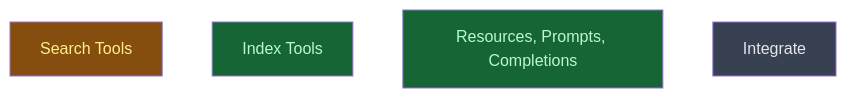
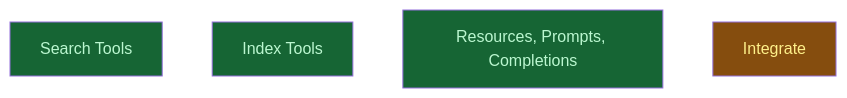
One commit to CrackingShells/colgrep-mcp changed the diagram in __roadmap__/colgrep_mcp/build/tools/README.md. Above: the diagram before and after it, drawn with Mermaid. The commit also changed other lines of this file and 1 other file, not shown here.

Commit message:
docs(roadmap): mark tools level done, start integrate level

````diff
--- a/__roadmap__/colgrep_mcp/build/tools/README.md
+++ b/__roadmap__/colgrep_mcp/build/tools/README.md
@@ -17,12 +17,12 @@
 ```mermaid
 graph TD
-    search_tools[Search Tools]:::inprogress
+    search_tools[Search Tools]:::done
     index_tools[Index Tools]:::done
     resources_prompts[Resources, Prompts, Completions]:::done
-    integrate[Integrate]:::planned
+    integrate[Integrate]:::inprogress
     classDef done       fill:#166534,color:#bbf7d0
     classDef inprogress fill:#854d0e,color:#fef08a
     classDef planned    fill:#374151,color:#e5e7eb
     classDef amendment  fill:#1e3a5f,color:#bfdbfe
     classDef blocked    fill:#7f1d1d,color:#fecaca
 ```
````
